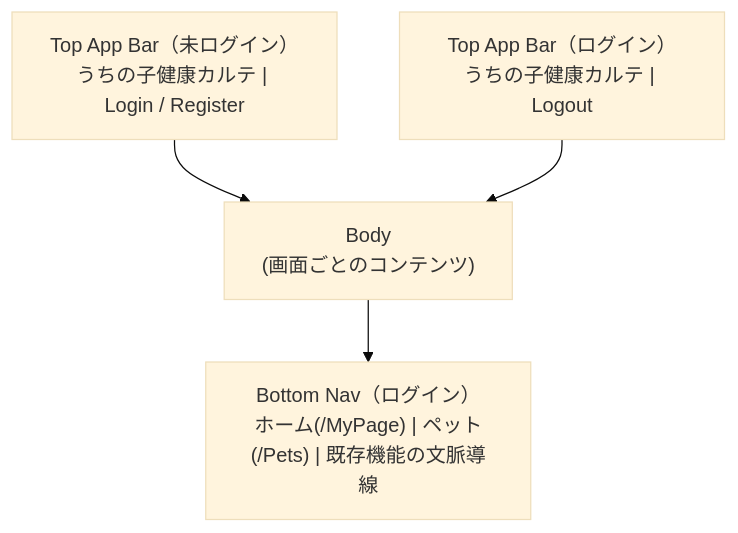
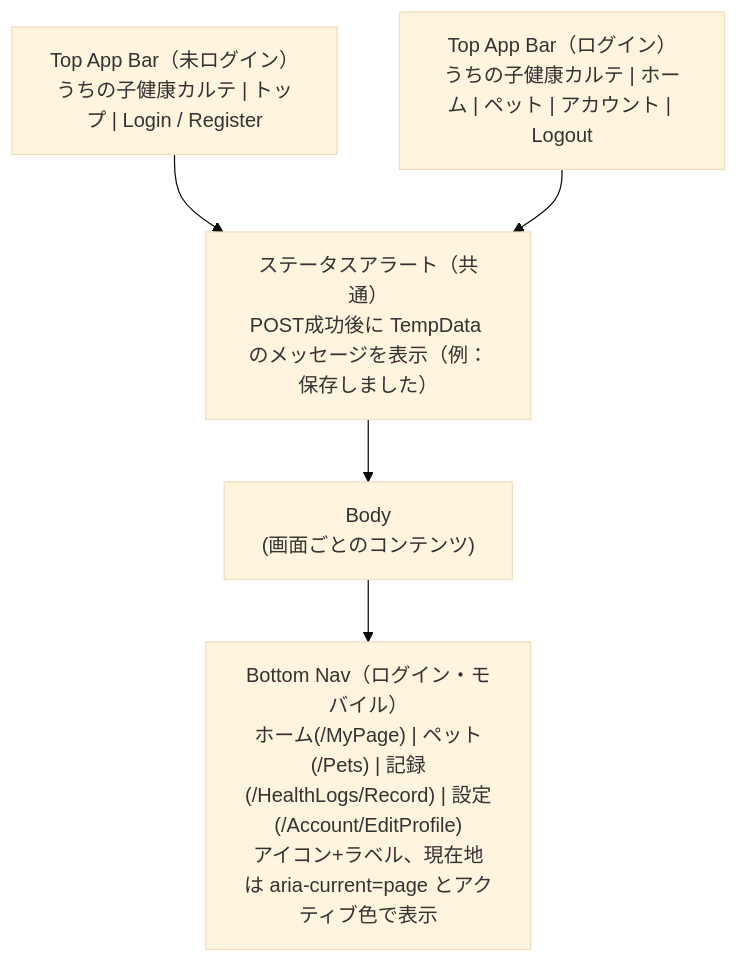
One commit to Cat5Dog2/PetHealthManagement changed the first of 24 diagrams in docs/ui-wireframe.md. Above: the diagram before and after it, drawn with Mermaid (base theme). The commit also changed other lines of this file and 41 other files, not shown here.

````diff
--- a/docs/ui-wireframe.md
+++ b/docs/ui-wireframe.md
@@ -4,11 +4,13 @@
 ```mermaid
 flowchart TB
-  HeaderAnon["Top App Bar（未ログイン）<br/>うちの子健康カルテ | Login / Register"]
-  HeaderAuth["Top App Bar（ログイン）<br/>うちの子健康カルテ | Logout"]
-  BottomNav["Bottom Nav（ログイン）<br/>ホーム(/MyPage) | ペット(/Pets) | 既存機能の文脈導線"]
+  HeaderAnon["Top App Bar（未ログイン）<br/>うちの子健康カルテ | トップ | Login / Register"]
+  HeaderAuth["Top App Bar（ログイン）<br/>うちの子健康カルテ | ホーム | ペット | アカウント | Logout"]
+  StatusAlert["ステータスアラート（共通）<br/>POST成功後に TempData のメッセージを表示（例：保存しました）"]
+  BottomNav["Bottom Nav（ログイン・モバイル）<br/>ホーム(/MyPage) | ペット(/Pets) | 記録(/HealthLogs/Record) | 設定(/Account/EditProfile)<br/>アイコン+ラベル、現在地は aria-current=page とアクティブ色で表示"]
   Body["Body<br/>(画面ごとのコンテンツ)"]
 
-  HeaderAnon --> Body
-  HeaderAuth --> Body
+  HeaderAnon --> StatusAlert
+  HeaderAuth --> StatusAlert
+  StatusAlert --> Body
   Body --> BottomNav
 ```
````
